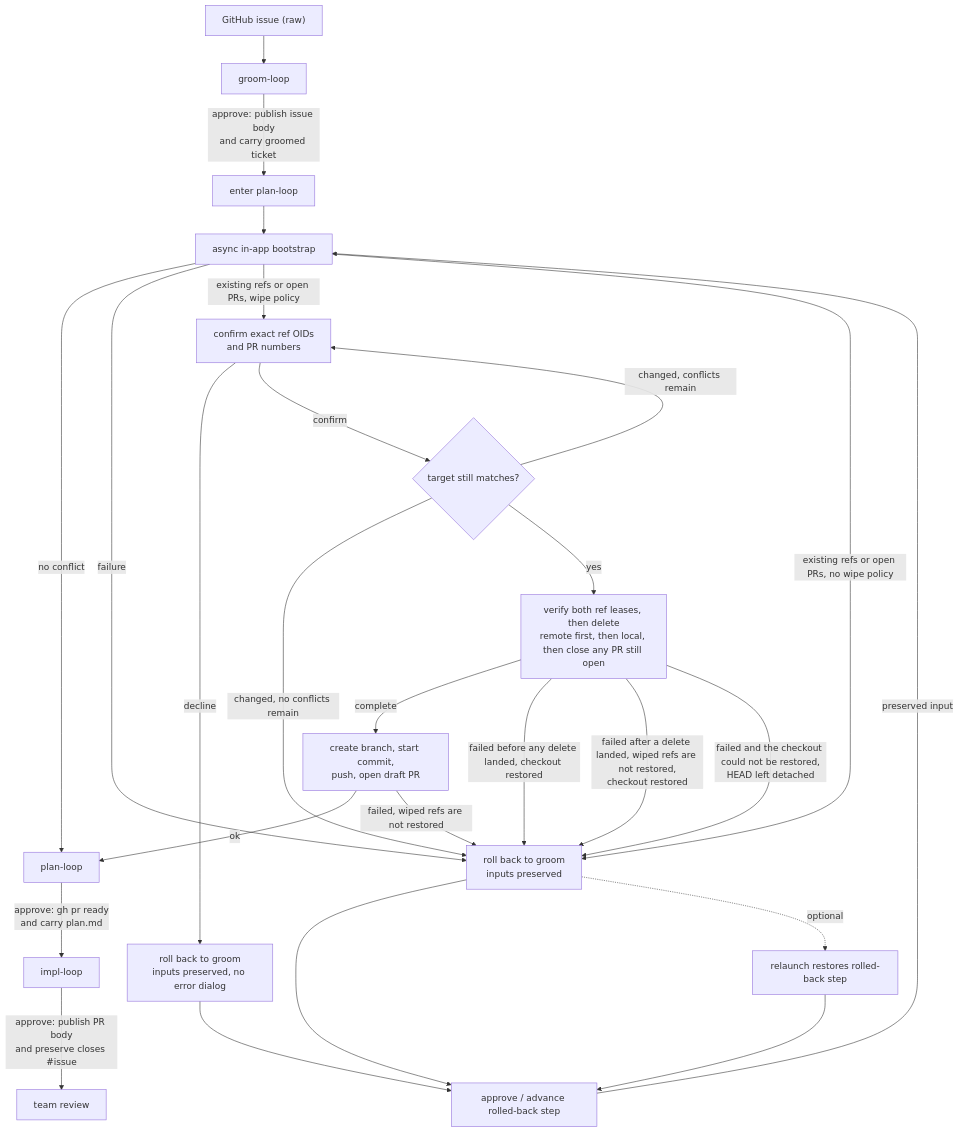
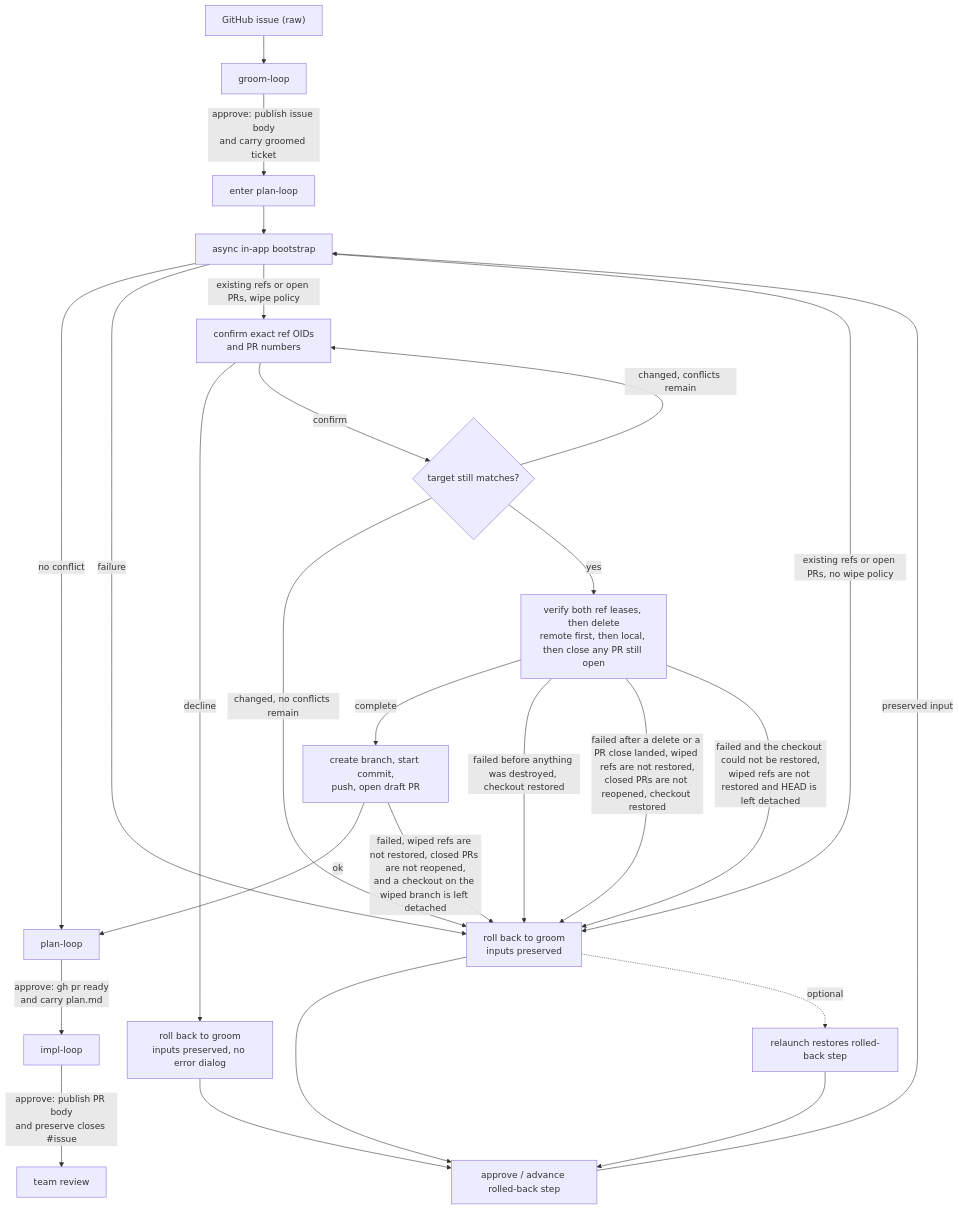
One commit to dylanb/agent-terminal changed the second of 2 diagrams in docs/spec/27-in-terminal-loop-engine-the-live-design.md. Above: the diagram before and after it, drawn with Mermaid. The commit also changed 8 other files, not shown here.

````diff
--- a/docs/spec/27-in-terminal-loop-engine-the-live-design.md
+++ b/docs/spec/27-in-terminal-loop-engine-the-live-design.md
@@ -134,28 +134,28 @@
 ```mermaid
 flowchart TD
   RAW["GitHub issue (raw)"] --> G["groom-loop"]
   G -->|"approve: publish issue body<br/>and carry groomed ticket"| PE["enter plan-loop"]
   PE --> BOOT["async in-app bootstrap"]
   BOOT -->|"no conflict"| P["plan-loop"]
   BOOT -->|"failure"| RB["roll back to groom<br/>inputs preserved"]
   BOOT -->|"existing refs or open PRs, wipe policy"| CF["confirm exact ref OIDs<br/>and PR numbers"]
   BOOT -->|"existing refs or open PRs, no wipe policy"| RB
   CF -->|"decline"| RBQ["roll back to groom<br/>inputs preserved, no error dialog"]
   CF -->|"confirm"| CHECK{"target still matches?"}
   CHECK -->|"changed, conflicts remain"| CF
   CHECK -->|"changed, no conflicts remain"| RB
   CHECK -->|"yes"| WIPE["verify both ref leases, then delete<br/>remote first, then local, then close any PR still open"]
   WIPE -->|"complete"| CREATE["create branch, start commit,<br/>push, open draft PR"]
   CREATE -->|"ok"| P
-  CREATE -->|"failed, wiped refs are not restored"| RB
-  WIPE -->|"failed before any delete landed, checkout restored"| RB
-  WIPE -->|"failed after a delete landed, wiped refs are not restored,<br/>checkout restored"| RB
-  WIPE -->|"failed and the checkout could not be restored,<br/>HEAD left detached"| RB
+  CREATE -->|"failed, wiped refs are not restored, closed PRs are not reopened,<br/>and a checkout on the wiped branch is left detached"| RB
+  WIPE -->|"failed before anything was destroyed, checkout restored"| RB
+  WIPE -->|"failed after a delete or a PR close landed, wiped refs are not restored,<br/>closed PRs are not reopened, checkout restored"| RB
+  WIPE -->|"failed and the checkout could not be restored,<br/>wiped refs are not restored and HEAD is left detached"| RB
   RBQ --> RETRY
   RB --> RETRY["approve / advance rolled-back step"]
   RB -.->|"optional"| RELAUNCH["relaunch restores rolled-back step"]
   RELAUNCH --> RETRY
   RETRY -->|"preserved input"| BOOT
   P -->|"approve: gh pr ready<br/>and carry plan.md"| I["impl-loop"]
   I -->|"approve: publish PR body<br/>and preserve closes #issue"| TR["team review"]
 ```
````
